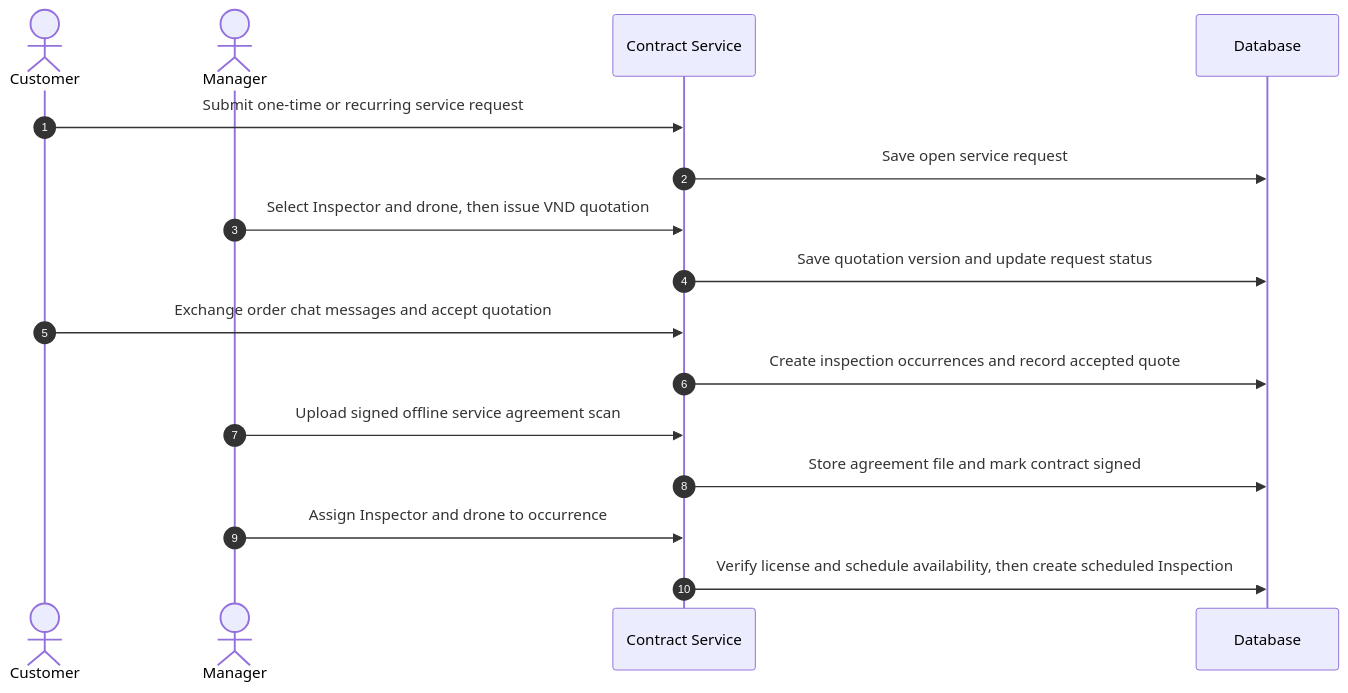
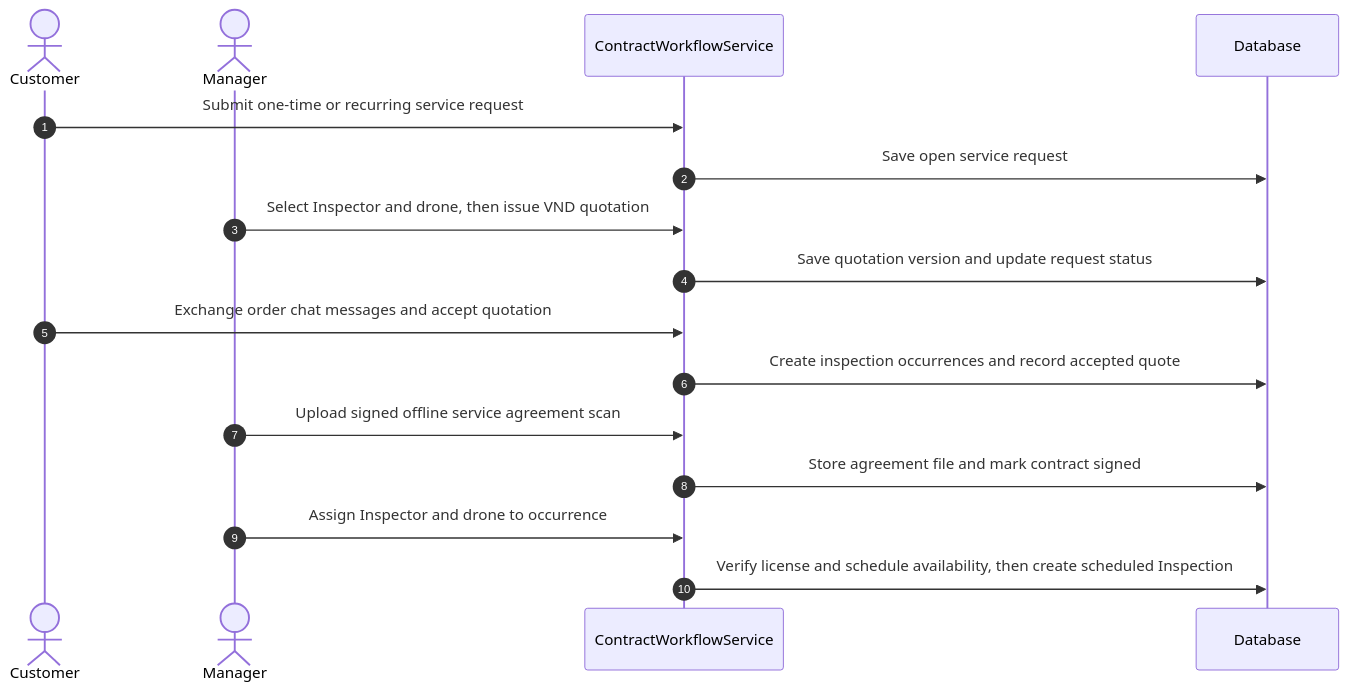
One commit to tungbach12/SmartDroneInspection-Docs changed the tenth of 23 diagrams in reports/report-4-software-design-document/03-detailed-design.md. Above: the diagram before and after it, drawn with Mermaid. The commit also changed other lines of this file and 101 other files, not shown here.

````diff
--- a/reports/report-4-software-design-document/03-detailed-design.md
+++ b/reports/report-4-software-design-document/03-detailed-design.md
@@ -440,24 +485,24 @@
 ```mermaid
 %% title: FE-04 Service Request, Quotation, Signed Contract and Dispatch Sequence Diagram
 sequenceDiagram
   autonumber
   actor Cust as Customer
   actor Mgr as Manager
-  participant ContractSvc as Contract Service
+  participant ContractSvc as ContractWorkflowService
   participant DB as Database
 
   Cust->>ContractSvc: Submit one-time or recurring service request
   ContractSvc->>DB: Save open service request
 
   Mgr->>ContractSvc: Select Inspector and drone, then issue VND quotation
   ContractSvc->>DB: Save quotation version and update request status
 
   Cust->>ContractSvc: Exchange order chat messages and accept quotation
   ContractSvc->>DB: Create inspection occurrences and record accepted quote
 
   Mgr->>ContractSvc: Upload signed offline service agreement scan
   ContractSvc->>DB: Store agreement file and mark contract signed
 
   Mgr->>ContractSvc: Assign Inspector and drone to occurrence
   ContractSvc->>DB: Verify license and schedule availability, then create scheduled Inspection
 ```
````
